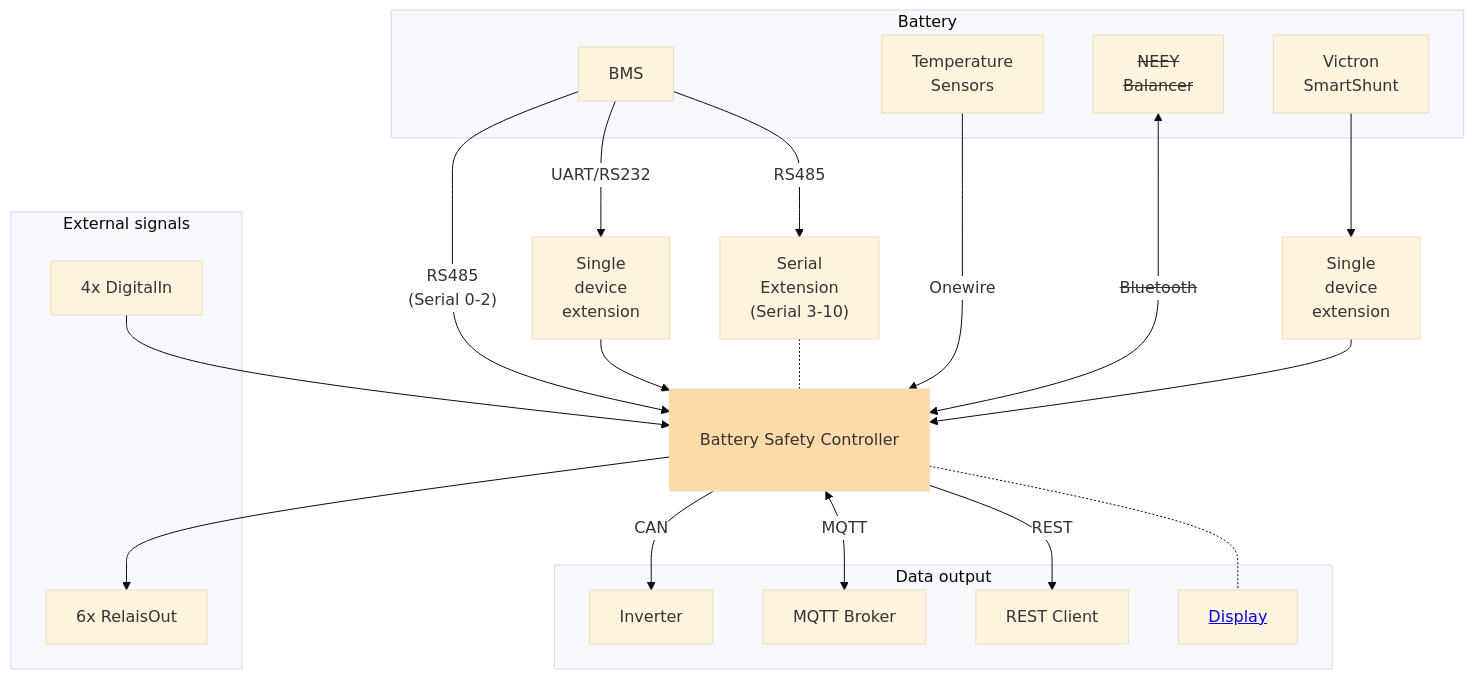
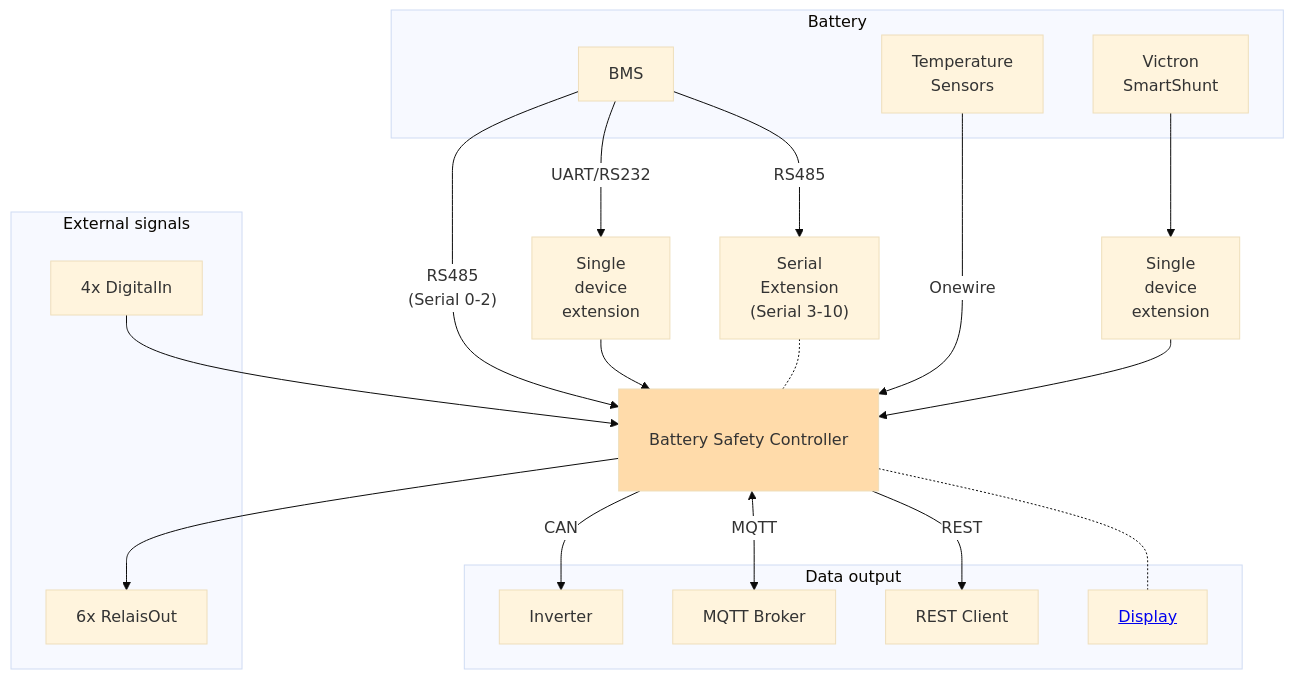
Before and after one commit to bsc-org/bsc: the diagram in docs/system_overview.md, drawn with Mermaid. The commit also changed other lines of this file, not shown here.

Commit message:
BT aus der Systemübersicht entfernt

````diff
--- a/docs/system_overview.md
+++ b/docs/system_overview.md
@@ -4,48 +4,46 @@
 ```mermaid
 %%{init: {
     'theme': 'base', 
     'themeVariables': { 'fontSize': '16px', 'fontFamily': 'Arial', 'edgeLabelBackground': 'white'}
 }}%%
 
 
 flowchart TD
     BMS[BMS] -- "RS485<br>(Serial 0-2)" --> BSC
     BMS[BMS] -- UART/RS232 --> SDE["Single<br>device<br>extension"] --> BSC
     TEMP_SENSOR[Temperature<br>Sensors] -- Onewire --> BSC
-    NEEY[<s>NEEY<br>Balancer</s>] <-- <s>Bluetooth</s> --> BSC
     VICTRON_SHUNT[Victron<br>SmartShunt] --> VICTRON_SHUNT_CONV["Single<br>device<br>extension"] --> BSC
     BSC -- CAN --> CAN[Inverter]
     BSC <-- MQTT --> MQTT_BROKER[MQTT Broker]
     BSC -- REST --> REST[REST Client]
 
     DigitalIn --> BSC
     BSC --> RelaisOut
 
     BSC[Extension<br>Interface] -.- Display[<a href='../hardware#bsc-display'>Display</a>]
     SE["Serial<br>Extension<br>(Serial 3-10)"] -.- BSC
     BMS -- RS485 --> SE
 
     BSC[Battery Safety Controller]:::wide
     
     subgraph subGraph0["Battery"]
         BMS
         TEMP_SENSOR
-        NEEY
         VICTRON_SHUNT
     end
 
     subgraph subGraph1["Data output"]
         CAN
         MQTT_BROKER
         REST
         Display
     end
 
     subgraph subGraph2["External signals"]
         DigitalIn["4x DigitalIn"]
         RelaisOut["6x RelaisOut"]
     end
 
 classDef wide padding:200px
 style BSC fill:#ffdbaa 
 ```
````
